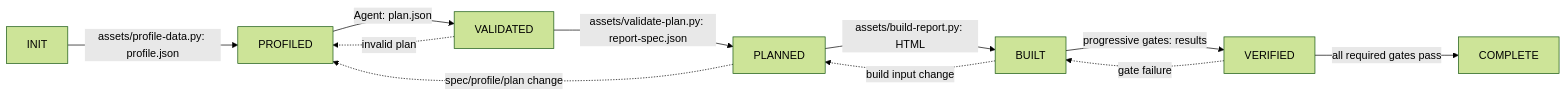
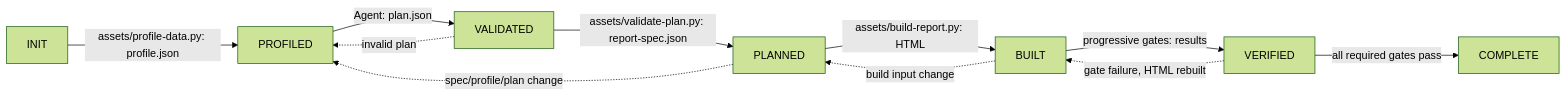
Before and after one commit to seohyunjun/canvas-report: the diagram in SKILL.md, drawn with Mermaid (forest theme). The commit also changed other lines of this file and 1 other file, not shown here.

````diff
--- a/SKILL.md
+++ b/SKILL.md
@@ -43,13 +43,13 @@
 ```mermaid
 flowchart LR
   I[INIT] -->|assets/profile-data.py: profile.json| P[PROFILED]
   P -->|Agent: plan.json| V[VALIDATED]
   V -->|assets/validate-plan.py: report-spec.json| L[PLANNED]
   L -->|assets/build-report.py: HTML| B[BUILT]
   B -->|progressive gates: results| R[VERIFIED]
   R -->|all required gates pass| C[COMPLETE]
   V -. invalid plan .-> P
   L -. spec/profile/plan change .-> P
   B -. build input change .-> L
-  R -. gate failure .-> B
+  R -. gate failure, HTML rebuilt .-> B
 ```
````
